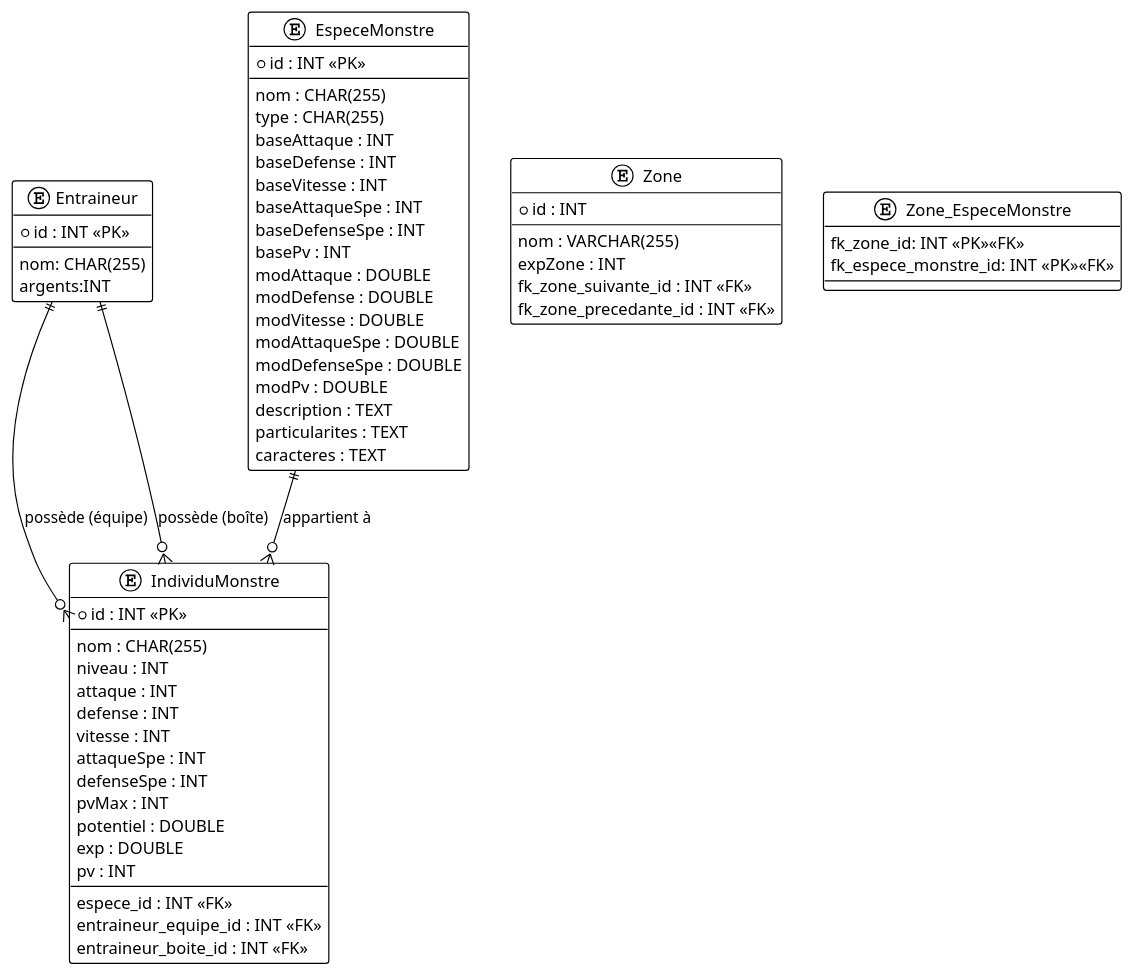
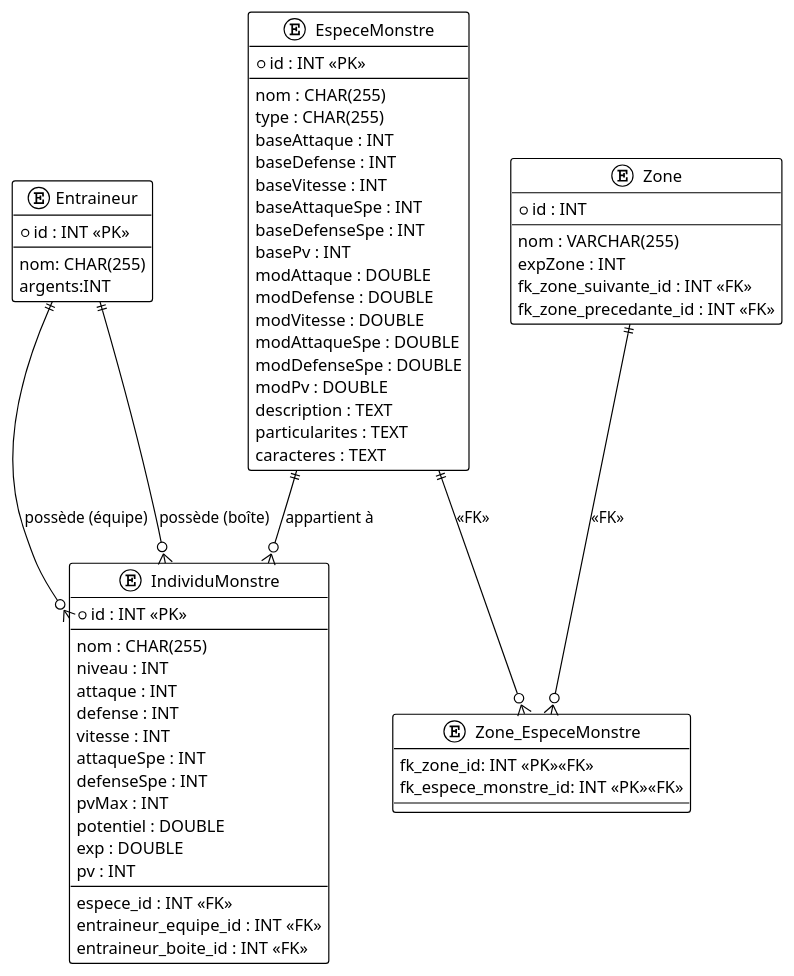
One commit to EnzoPss/KotlinMonsterSprint3 changed the diagram in ERD TODO.puml. Above: the diagram before and after it, drawn with PlantUML. The commit also changed 4 other files, not shown here.

```diff
--- a/ERD TODO.puml
+++ b/ERD TODO.puml
@@ -1,79 +1,80 @@
 @startuml
 !theme plain
 '--------------------------------------------------
 ' Diagramme ERD - Kotlin Monsters (SprINT 3)
 '--------------------------------------------------
 
 entity "Entraineur" as Entraineur {
     * id : INT <<PK>>
     --
     nom: CHAR(255)
     argents:INT
 }
 
 entity "EspeceMonstre" as EspeceMonstre {
   * id : INT <<PK>>
   --
   nom : CHAR(255)
   type : CHAR(255)
   baseAttaque : INT
   baseDefense : INT
   baseVitesse : INT
   baseAttaqueSpe : INT
   baseDefenseSpe : INT
   basePv : INT
   modAttaque : DOUBLE
   modDefense : DOUBLE
   modVitesse : DOUBLE
   modAttaqueSpe : DOUBLE
   modDefenseSpe : DOUBLE
   modPv : DOUBLE
   description : TEXT
   particularites : TEXT
   caracteres : TEXT
 }
 
 entity "Zone" as Zone {
     * id : INT
     --
     nom : VARCHAR(255)
     expZone : INT
     fk_zone_suivante_id : INT <<FK>>
     fk_zone_precedante_id : INT <<FK>>
 }
 
 entity "Zone_EspeceMonstre" as Zone_EspeceMonstre {
     fk_zone_id: INT <<PK>><<FK>>
     fk_espece_monstre_id: INT <<PK>><<FK>>
 }
 
 entity "IndividuMonstre" as IndividuMonstre {
   * id : INT <<PK>>
   --
   nom : CHAR(255)
   niveau : INT
   attaque : INT
   defense : INT
   vitesse : INT
   attaqueSpe : INT
   defenseSpe : INT
   pvMax : INT
   potentiel : DOUBLE
   exp : DOUBLE
   pv : INT
   --
   espece_id : INT <<FK>>
   entraineur_equipe_id : INT <<FK>>
   entraineur_boite_id : INT <<FK>>
 }
 
 '--------------------------------------------------
 ' Relations
 '--------------------------------------------------
 
 Entraineur ||--o{ IndividuMonstre : "possède (équipe)"
 Entraineur ||--o{ IndividuMonstre : "possède (boîte)"
 EspeceMonstre ||--o{ IndividuMonstre : "appartient à"
-'TODO
+EspeceMonstre ||--o{ Zone_EspeceMonstre : <<FK>>
+Zone ||--o{ Zone_EspeceMonstre : <<FK>>
 
 @enduml
```
